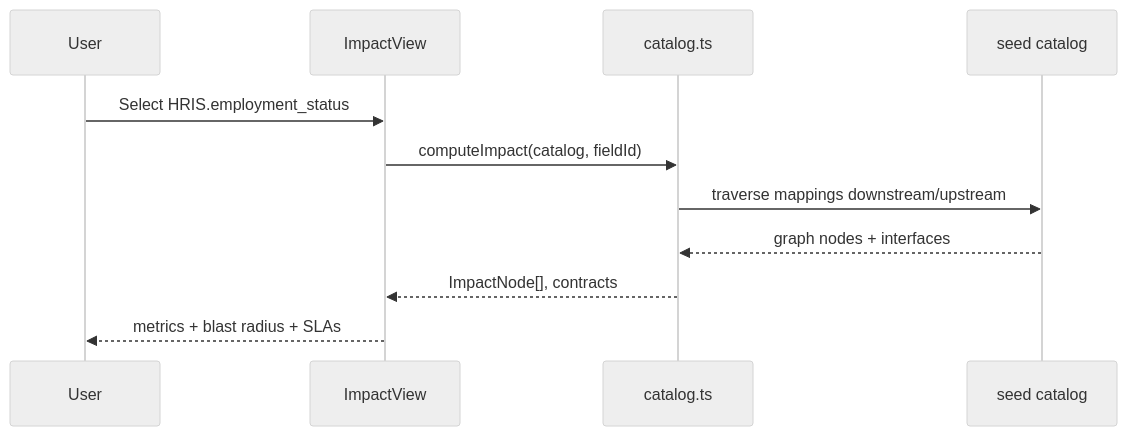
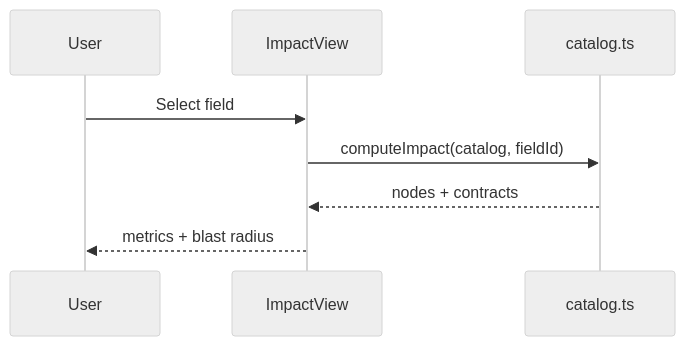
The third of 4 diagrams in docs/07-sequence-flows.md (jah-guide/sourcemap), drawn with Mermaid (neutral theme) before and after one commit. The commit also changed other lines of this file and 3 other files, not shown here.

Commit message:
docs: simplify sequence flows and tighten traceability wording

````diff
--- a/docs/07-sequence-flows.md
+++ b/docs/07-sequence-flows.md
@@ -42,14 +37,11 @@
 ```mermaid
 sequenceDiagram
   participant User
-  participant Impact as ImpactView
+  participant View as ImpactView
   participant Lib as catalog.ts
-  participant Data as seed catalog
 
-  User->>Impact: Select HRIS.employment_status
-  Impact->>Lib: computeImpact(catalog, fieldId)
-  Lib->>Data: traverse mappings downstream/upstream
-  Data-->>Lib: graph nodes + interfaces
-  Lib-->>Impact: ImpactNode[], contracts
-  Impact-->>User: metrics + blast radius + SLAs
+  User->>View: Select field
+  View->>Lib: computeImpact(catalog, fieldId)
+  Lib-->>View: nodes + contracts
+  View-->>User: metrics + blast radius
 ```
````
